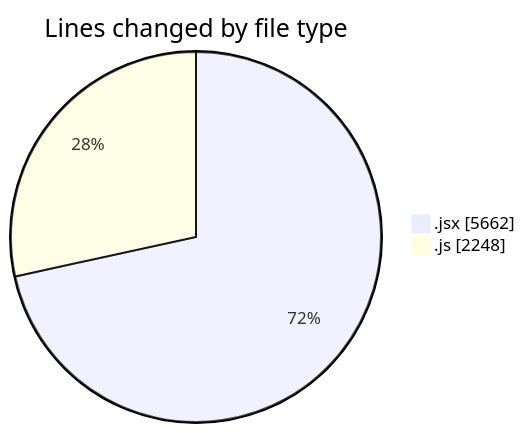
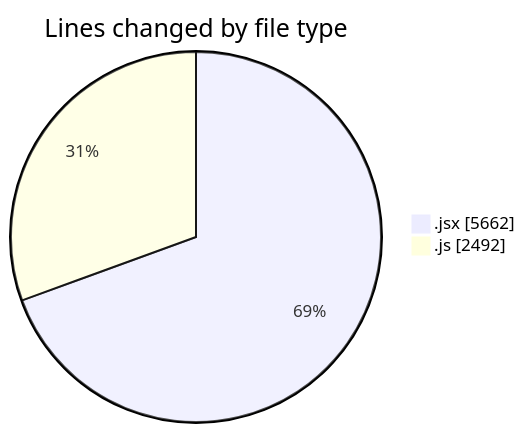
Before and after one commit to nxtqubesakshisongat/code-tracking: the first of 2 diagrams in 2025-09-28/nxtqube_webapp/README.md, drawn with Mermaid. The commit also changed other lines of this file and 1 other file, not shown here.

````diff
--- a/2025-09-28/nxtqube_webapp/README.md
+++ b/2025-09-28/nxtqube_webapp/README.md
@@ -23,6 +23,6 @@
 ```mermaid
 pie showData
 title Lines changed by file type
 ".jsx" : 5662
-".js" : 2248
+".js" : 2492
 ```
````
